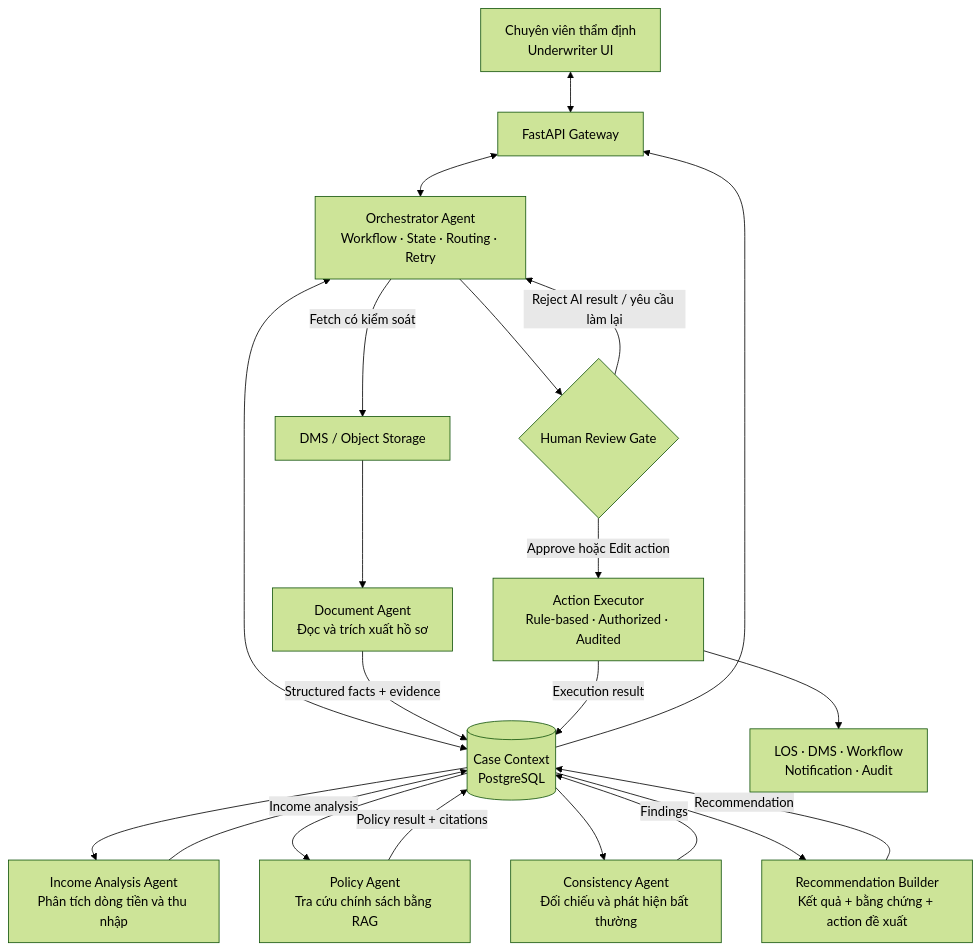
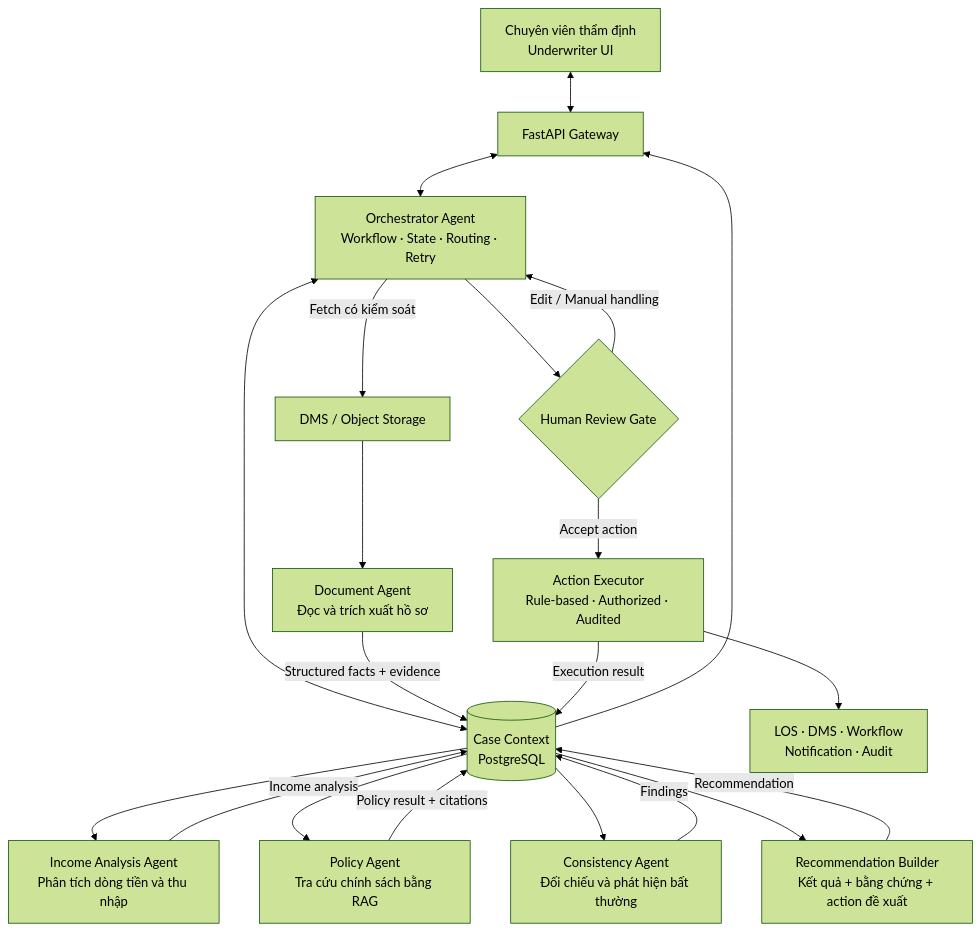
The first of 3 diagrams in docs/ARCHITECTURE.md (AnNT-k7/HUB_claude_code), drawn with Mermaid (forest theme) before and after one commit. The commit also changed other lines of this file and 32 other files, not shown here.

Commit message:
add new skills a dn new phases, rag-architecture, rules

````diff
--- a/docs/ARCHITECTURE.md
+++ b/docs/ARCHITECTURE.md
@@ -34,39 +34,39 @@
 ```mermaid
 flowchart TD
     U[Chuyên viên thẩm định<br/>Underwriter UI]
     API[FastAPI Gateway]
     O[Orchestrator Agent<br/>Workflow · State · Routing · Retry]
     CC[(Case Context<br/>PostgreSQL)]
     DMS[DMS / Object Storage]
 
     DA[Document Agent<br/>Đọc và trích xuất hồ sơ]
     IA[Income Analysis Agent<br/>Phân tích dòng tiền và thu nhập]
     PA[Policy Agent<br/>Tra cứu chính sách bằng RAG]
     CE[Consistency Agent<br/>Đối chiếu và phát hiện bất thường]
     RB[Recommendation Builder<br/>Kết quả + bằng chứng + action đề xuất]
 
     HG{Human Review Gate}
     AE[Action Executor<br/>Rule-based · Authorized · Audited]
     SYS[LOS · DMS · Workflow<br/>Notification · Audit]
 
     U <--> API
     API <--> O
     O <--> CC
     O -->|Fetch có kiểm soát| DMS
     DMS --> DA
     DA -->|Structured facts + evidence| CC
     CC --> IA
     CC --> PA
     IA -->|Income analysis| CC
     PA -->|Policy result + citations| CC
     CC --> CE
     CE -->|Findings| CC
     CC --> RB
     RB -->|Recommendation| CC
     O --> HG
-    HG -->|Approve hoặc Edit action| AE
-    HG -->|Reject AI result / yêu cầu làm lại| O
+    HG -->|Accept action| AE
+    HG -->|Edit / Manual handling| O
     AE --> SYS
     AE -->|Execution result| CC
     CC --> API
 ```
````
